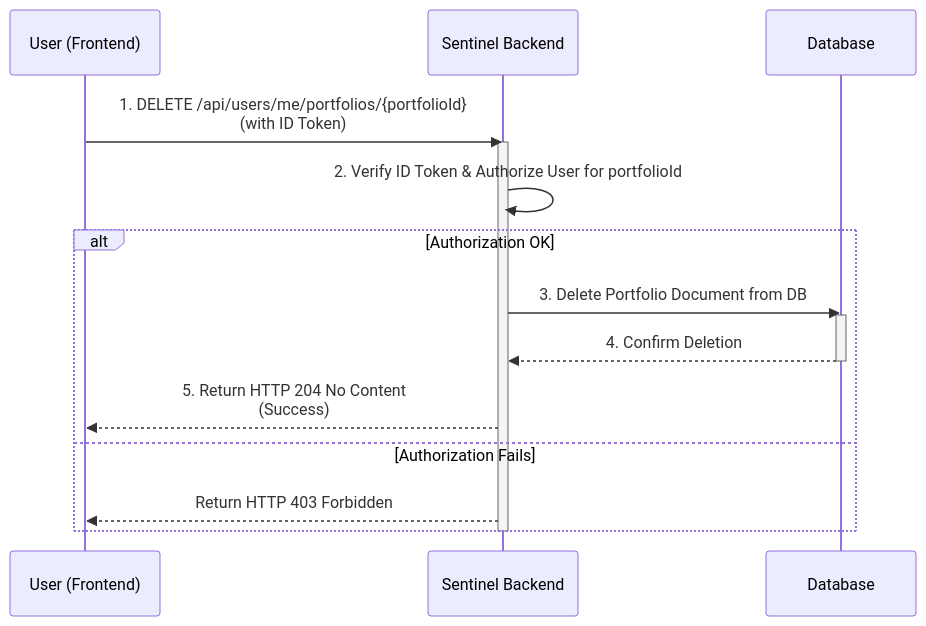
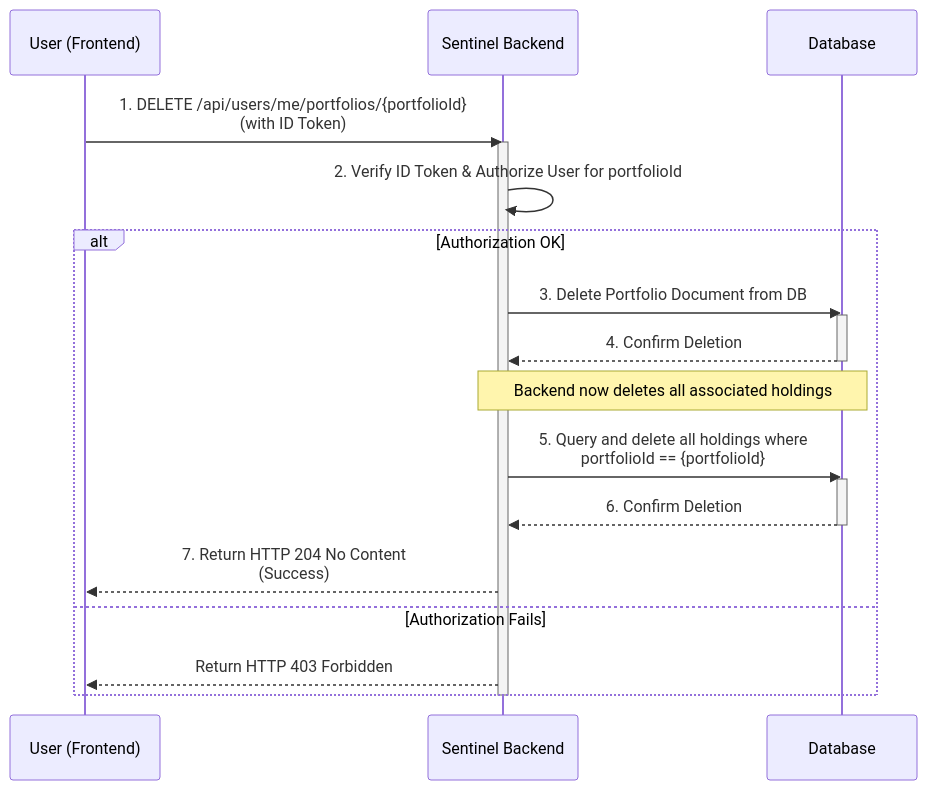
One commit to enzhao/Sentinel changed the sixth of 17 diagrams in product_spec.md. Above: the diagram before and after it, drawn with Mermaid. The commit also changed other lines of this file, not shown here.

````diff
--- a/product_spec.md
+++ b/product_spec.md
@@ -424,21 +428,28 @@
 ```mermaid
 sequenceDiagram
     participant User as User (Frontend)
     participant Sentinel as Sentinel Backend
     participant DB as Database
 
     User->>Sentinel: 1. DELETE /api/users/me/portfolios/{portfolioId}<br> (with ID Token)
     activate Sentinel
     Sentinel->>Sentinel: 2. Verify ID Token & Authorize User for portfolioId
     
     alt Authorization OK
         Sentinel->>DB: 3. Delete Portfolio Document from DB
         activate DB
         DB-->>Sentinel: 4. Confirm Deletion
         deactivate DB
-        Sentinel-->>User: 5. Return HTTP 204 No Content<br> (Success)
+
+        Note over Sentinel, DB: Backend now deletes all associated holdings
+        Sentinel->>DB: 5. Query and delete all holdings where<br> portfolioId == {portfolioId}
+        activate DB
+        DB-->>Sentinel: 6. Confirm Deletion
+        deactivate DB
+
+        Sentinel-->>User: 7. Return HTTP 204 No Content<br> (Success)
     else Authorization Fails
         Sentinel-->>User: Return HTTP 403 Forbidden
     end
     deactivate Sentinel
 ``` 
````
